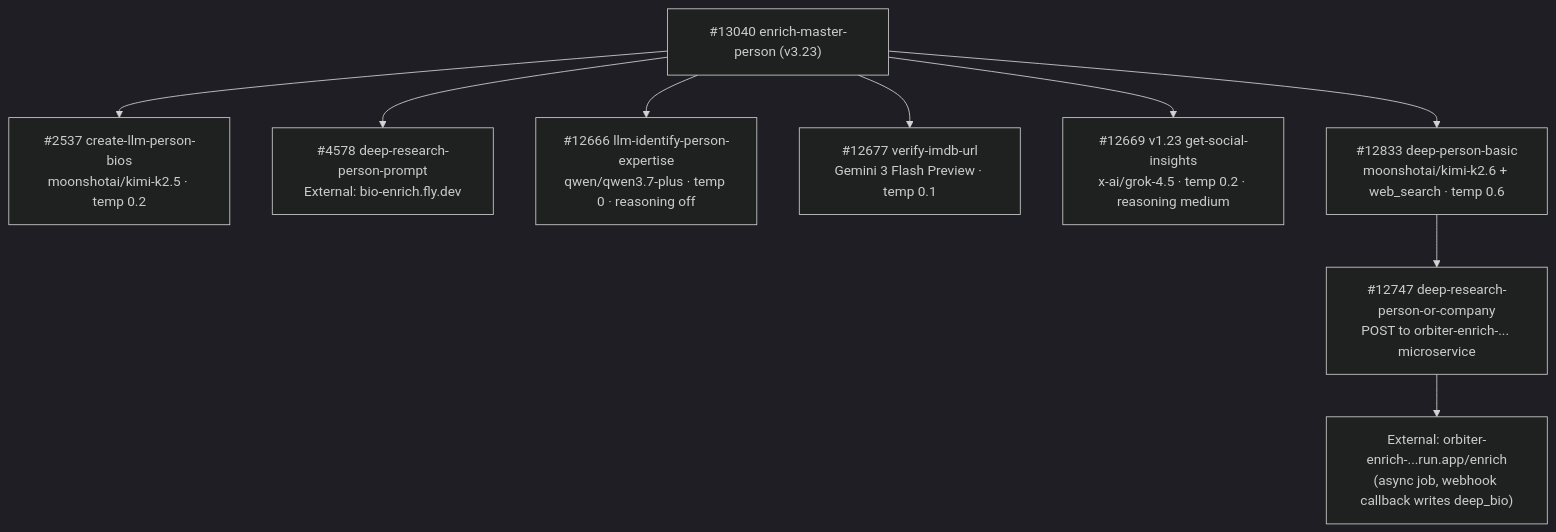
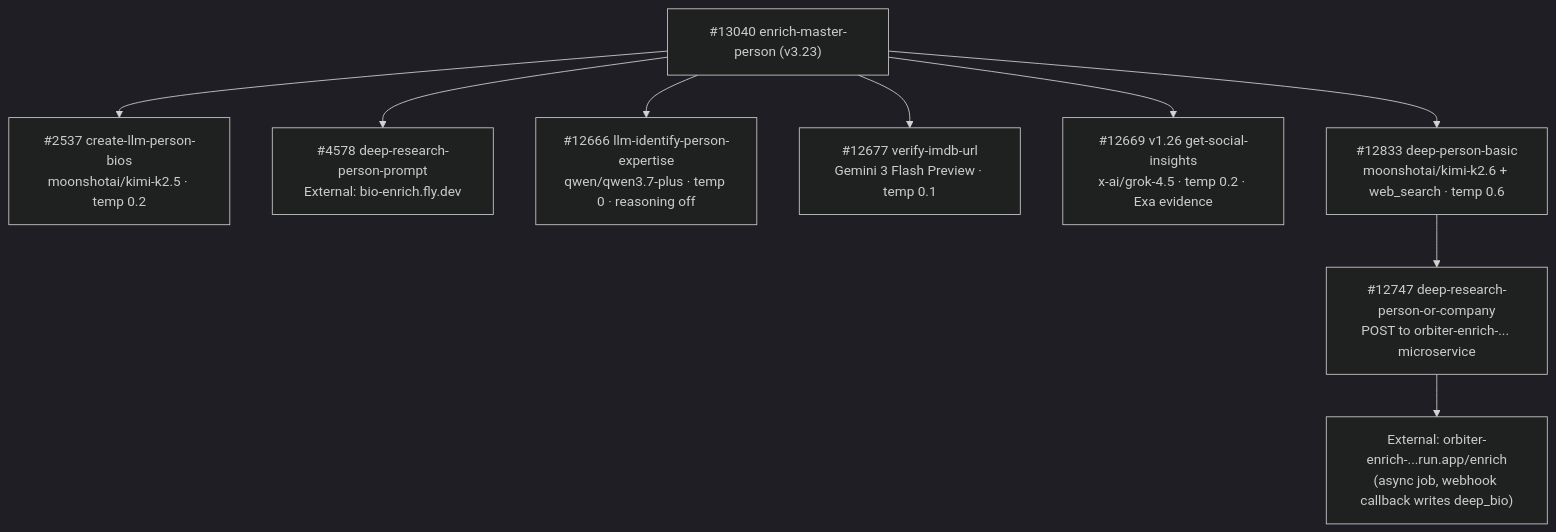
One commit to M-Pederson/docs changed the diagram in guides/enrichment/person-pipeline/model-summary.mdx. Above: the diagram before and after it, drawn with Mermaid (dark theme). The commit also changed other lines of this file and 11 other files, not shown here.

````diff
--- a/guides/enrichment/person-pipeline/model-summary.mdx
+++ b/guides/enrichment/person-pipeline/model-summary.mdx
@@ -110,11 +111,11 @@
 ```mermaid
 graph TD
     A["#13040 enrich-master-person (v3.23)"] --> B["#2537 create-llm-person-bios<br/>moonshotai/kimi-k2.5 · temp 0.2"]
     A --> C["#4578 deep-research-person-prompt<br/>External: bio-enrich.fly.dev"]
     A --> D["#12666 llm-identify-person-expertise<br/>qwen/qwen3.7-plus · temp 0 · reasoning off"]
     A --> E["#12677 verify-imdb-url<br/>Gemini 3 Flash Preview · temp 0.1"]
-    A --> F["#12669 v1.23 get-social-insights<br/>x-ai/grok-4.5 · temp 0.2 · reasoning medium"]
+    A --> F["#12669 v1.26 get-social-insights<br/>x-ai/grok-4.5 · temp 0.2 · Exa evidence"]
     A --> G["#12833 deep-person-basic<br/>moonshotai/kimi-k2.6 + web_search · temp 0.6"]
     G --> H["#12747 deep-research-person-or-company<br/>POST to orbiter-enrich-... microservice"]
     H --> I["External: orbiter-enrich-...run.app/enrich<br/>(async job, webhook callback writes deep_bio)"]
 ```
````
